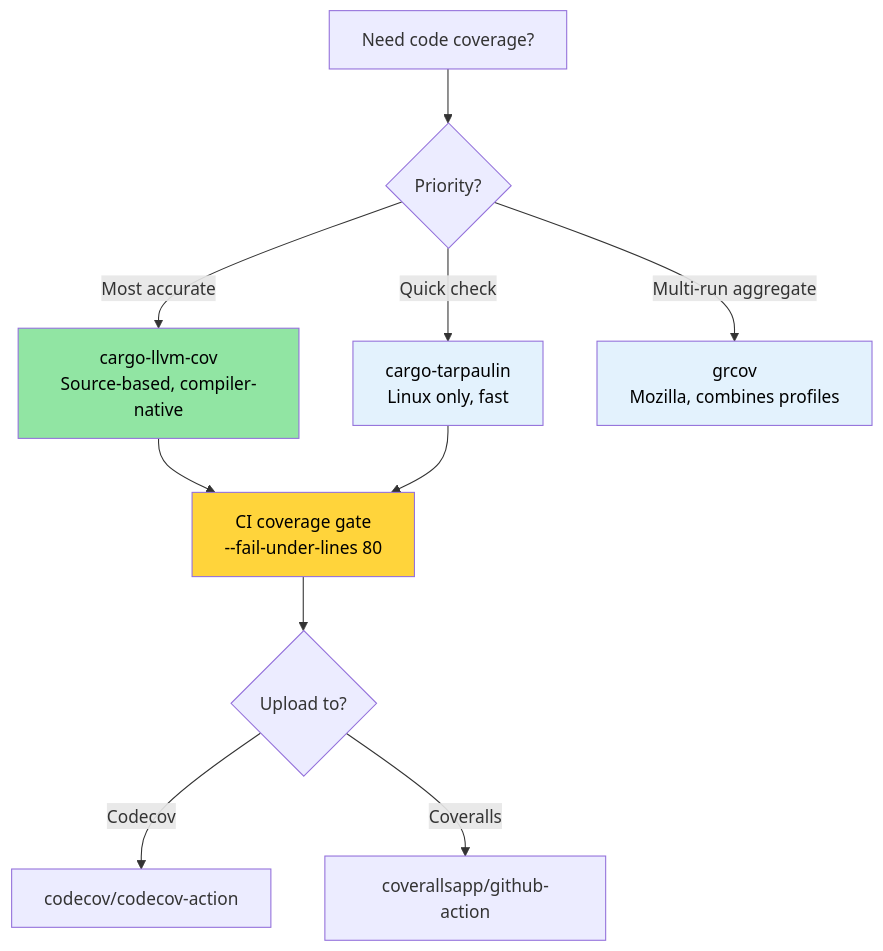
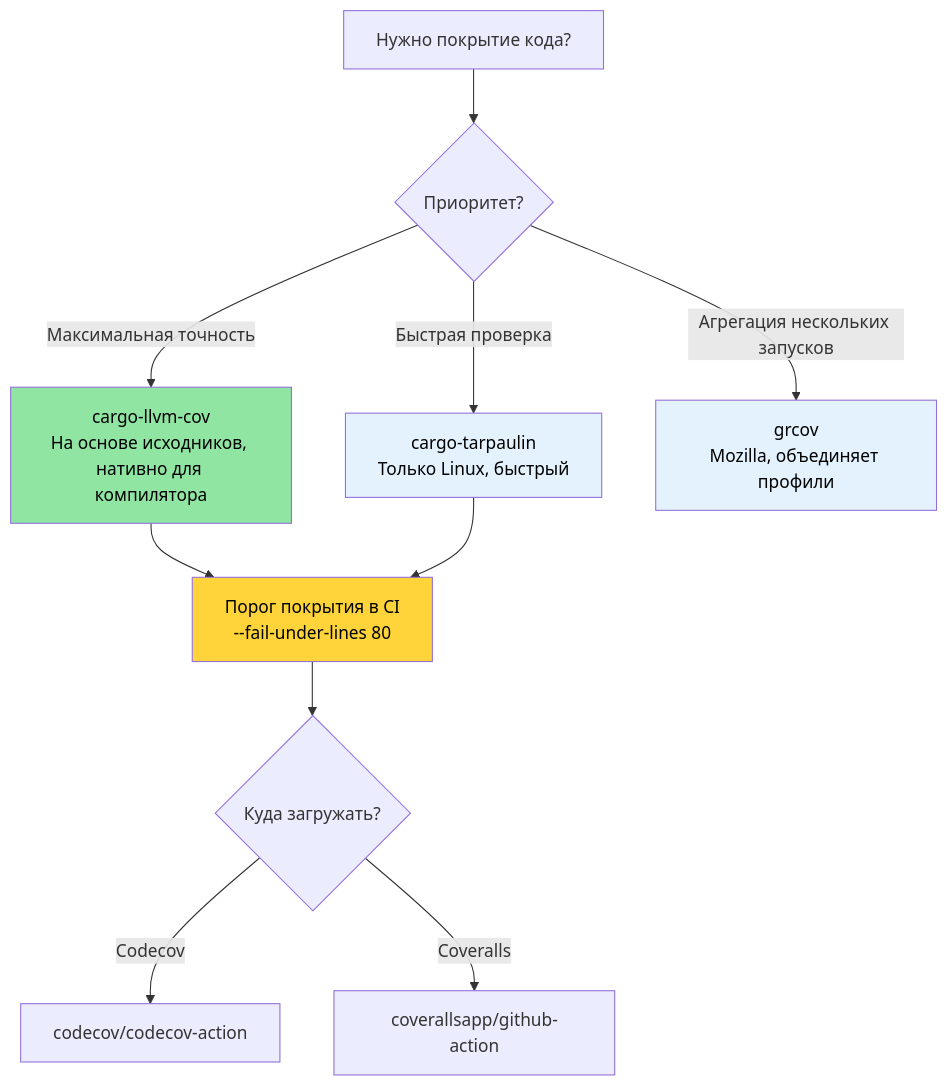
The diagram in engineering-book/src/ch04-code-coverage-seeing-what-tests-miss.md (r007/RustTraining-Rus), drawn with Mermaid before and after one commit. The commit also changed other lines of this file and 3 other files, not shown here.

````diff
--- a/engineering-book/src/ch04-code-coverage-seeing-what-tests-miss.md
+++ b/engineering-book/src/ch04-code-coverage-seeing-what-tests-miss.md
@@ -380,20 +382,20 @@
 ```mermaid
 flowchart TD
-    START["Need code coverage?"] --> ACCURACY{"Priority?"}
-    
-    ACCURACY -->|"Most accurate"| LLVM["cargo-llvm-cov<br/>Source-based, compiler-native"]
-    ACCURACY -->|"Quick check"| TARP["cargo-tarpaulin<br/>Linux only, fast"]
-    ACCURACY -->|"Multi-run aggregate"| GRCOV["grcov<br/>Mozilla, combines profiles"]
-    
-    LLVM --> CI_GATE["CI coverage gate<br/>--fail-under-lines 80"]
+    START["Нужно покрытие кода?"] --> ACCURACY{"Приоритет?"}
+
+    ACCURACY -->|"Максимальная точность"| LLVM["cargo-llvm-cov<br/>На основе исходников, нативно для компилятора"]
+    ACCURACY -->|"Быстрая проверка"| TARP["cargo-tarpaulin<br/>Только Linux, быстрый"]
+    ACCURACY -->|"Агрегация нескольких запусков"| GRCOV["grcov<br/>Mozilla, объединяет профили"]
+
+    LLVM --> CI_GATE["Порог покрытия в CI<br/>--fail-under-lines 80"]
     TARP --> CI_GATE
-    
-    CI_GATE --> UPLOAD{"Upload to?"}
+
+    CI_GATE --> UPLOAD{"Куда загружать?"}
     UPLOAD -->|"Codecov"| CODECOV["codecov/codecov-action"]
     UPLOAD -->|"Coveralls"| COVERALLS["coverallsapp/github-action"]
-    
+
     style LLVM fill:#91e5a3,color:#000
     style TARP fill:#e3f2fd,color:#000
     style GRCOV fill:#e3f2fd,color:#000
     style CI_GATE fill:#ffd43b,color:#000
 ```
````
